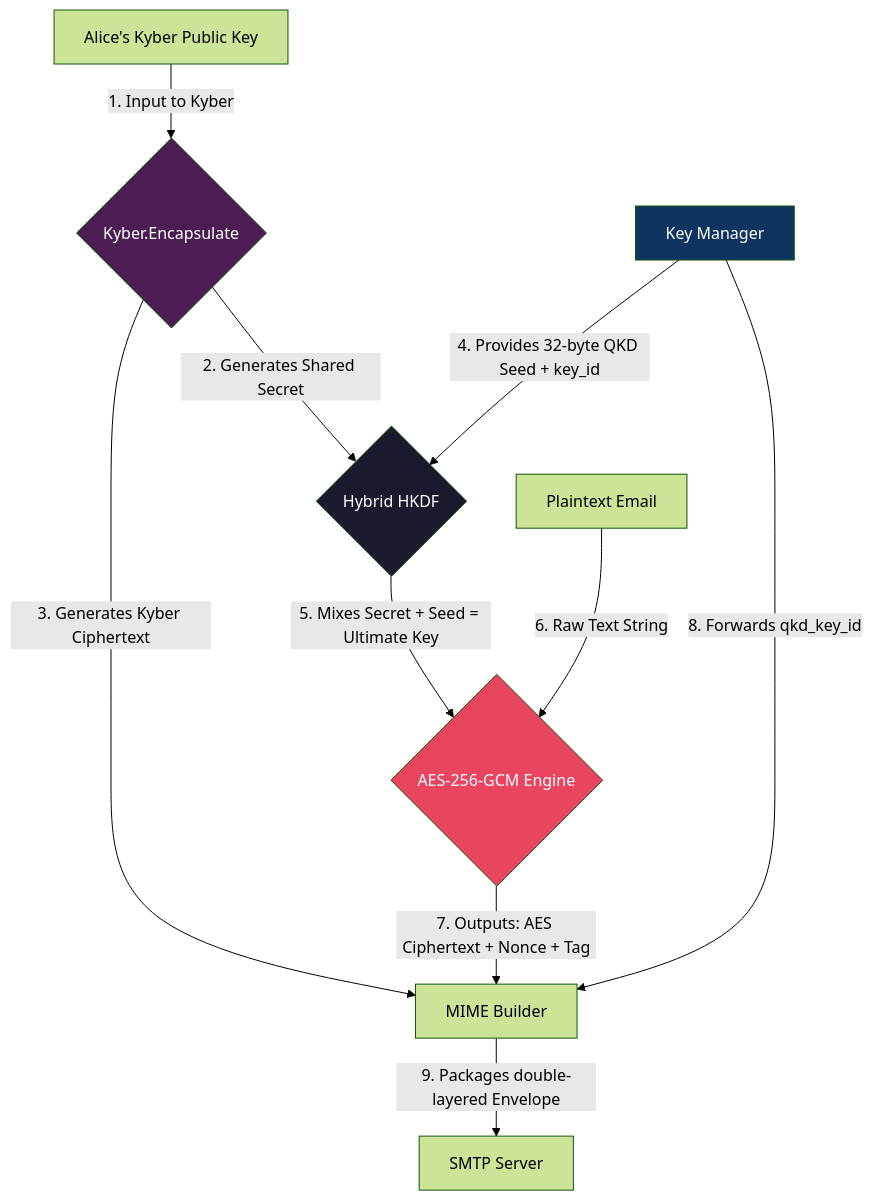
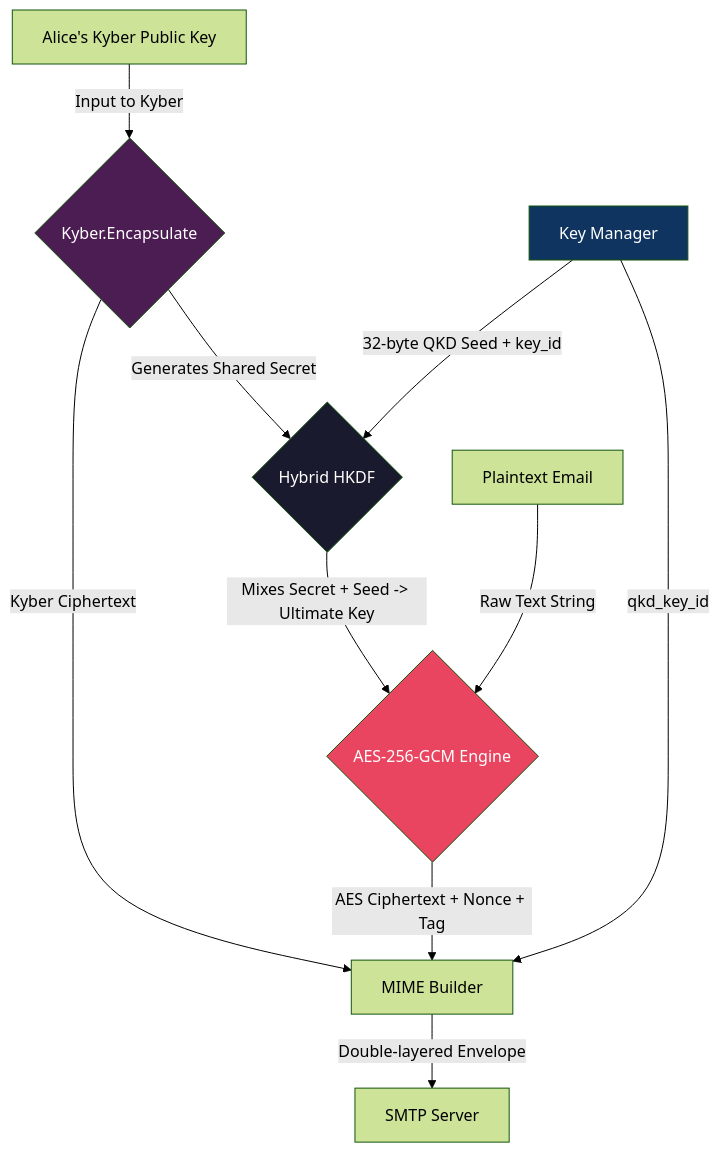
Before and after one commit to SushanthKS06/QuMail: the fifth of 5 diagrams in docs/security-data-flow.md, drawn with Mermaid (forest theme). The commit also changed other lines of this file, not shown here.

````diff
--- a/docs/security-data-flow.md
+++ b/docs/security-data-flow.md
@@ -136,34 +148,34 @@
 ```mermaid
 flowchart TD
     %% Components
-    PT[Plaintext Email]
-    PUB[Alice's Kyber Public Key]
-    KYB{Kyber.Encapsulate}
-    KM[Key Manager]
-    HKDF{Hybrid HKDF}
-    AES{AES-256-GCM Engine}
-    MIME[MIME Builder]
-    SMTP[SMTP Server]
+    PT["Plaintext Email"]
+    PUB["Alice's Kyber Public Key"]
+    KYB{"Kyber.Encapsulate"}
+    KM["Key Manager"]
+    HKDF{"Hybrid HKDF"}
+    AES{"AES-256-GCM Engine"}
+    MIME["MIME Builder"]
+    SMTP["SMTP Server"]
     
     %% Data Flow
-    PUB -->|1. Input to Kyber| KYB
-    KYB -->|2. Generates Shared Secret| HKDF
-    KYB -->|3. Generates Kyber Ciphertext| MIME
+    PUB -->|"Input to Kyber"| KYB
+    KYB -->|"Generates Shared Secret"| HKDF
+    KYB -->|"Kyber Ciphertext"| MIME
     
-    KM -->|4. Provides 32-byte QKD Seed + key_id| HKDF
+    KM -->|"32-byte QKD Seed + key_id"| HKDF
     
-    HKDF -->|5. Mixes Secret + Seed = Ultimate Key| AES
+    HKDF -->|"Mixes Secret + Seed -> Ultimate Key"| AES
     
-    PT -->|6. Raw Text String| AES
-    AES -->|7. Outputs: AES Ciphertext + Nonce + Tag| MIME
+    PT -->|"Raw Text String"| AES
+    AES -->|"AES Ciphertext + Nonce + Tag"| MIME
     
-    KM -->|8. Forwards qkd_key_id| MIME
+    KM -->|"qkd_key_id"| MIME
     
-    MIME -->|9. Packages double-layered Envelope| SMTP
+    MIME -->|"Double-layered Envelope"| SMTP
     
     %% Styling
     style KYB fill:#4b1d52,color:#fff
     style AES fill:#e94560,color:#fff
     style HKDF fill:#1a1a2e,color:#fff
     style KM fill:#0f3460,color:#fff
 ```
````
